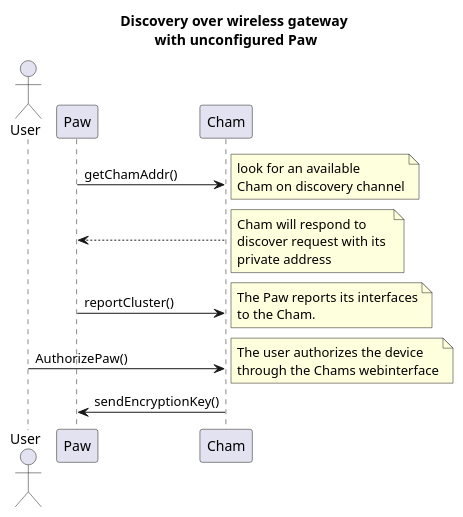
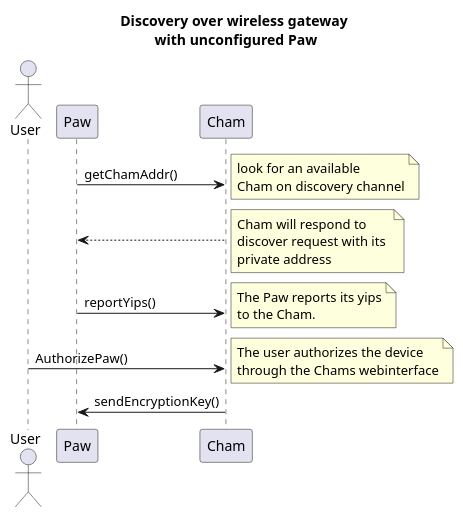
The second of 2 diagrams in docs/source/architecture.rst (fiveohhh/cham9000), drawn with PlantUML before and after one commit. The commit also changed other lines of this file, not shown here.

First line of the commit message:
Architectural doc updates

```diff
--- a/docs/source/architecture.rst
+++ b/docs/source/architecture.rst
@@ -114,28 +164,28 @@
 .. uml::
     title Discovery over wireless gateway\n with unconfigured Paw 
     
     actor User
     participant Paw
     participant Cham
     Paw -> Cham : getChamAddr()
     note right
         look for an available  
         Cham on discovery channel
     end note
     Paw <-- Cham
     note right
         Cham will respond to 
         discover request with its 
         private address
     end note
-    Paw -> Cham : reportCluster()
+    Paw -> Cham : reportYips()
     note right
-        The Paw reports its interfaces
+        The Paw reports its yips
         to the Cham.
     end note
     User ->Cham : AuthorizePaw()
     note right
         The user authorizes the device
         through the Chams webinterface
     end note
     Cham -> Paw : sendEncryptionKey()    
```
